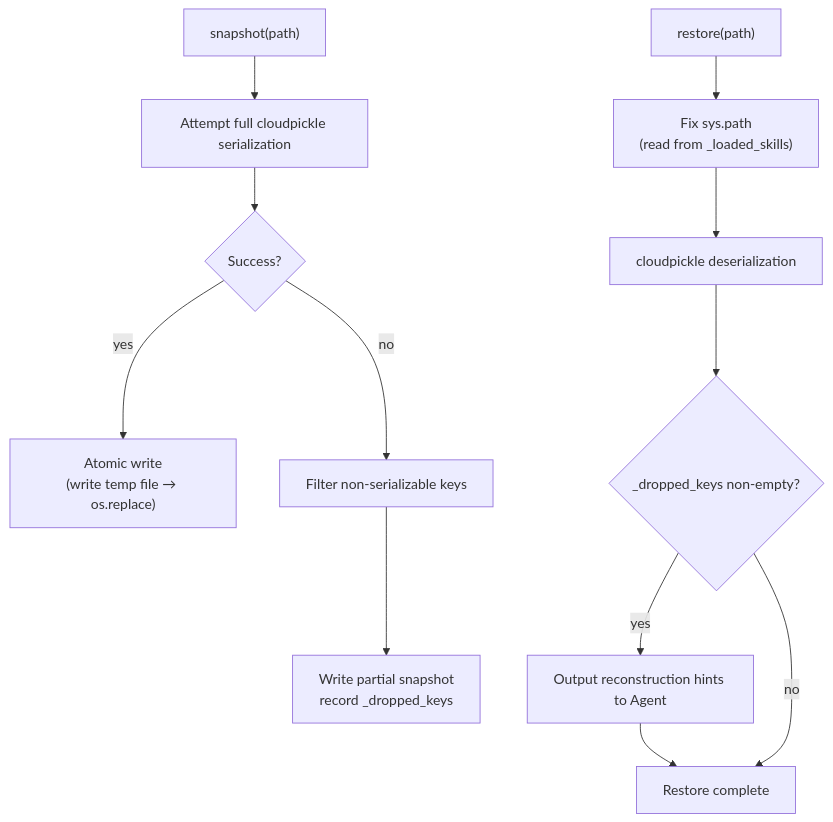
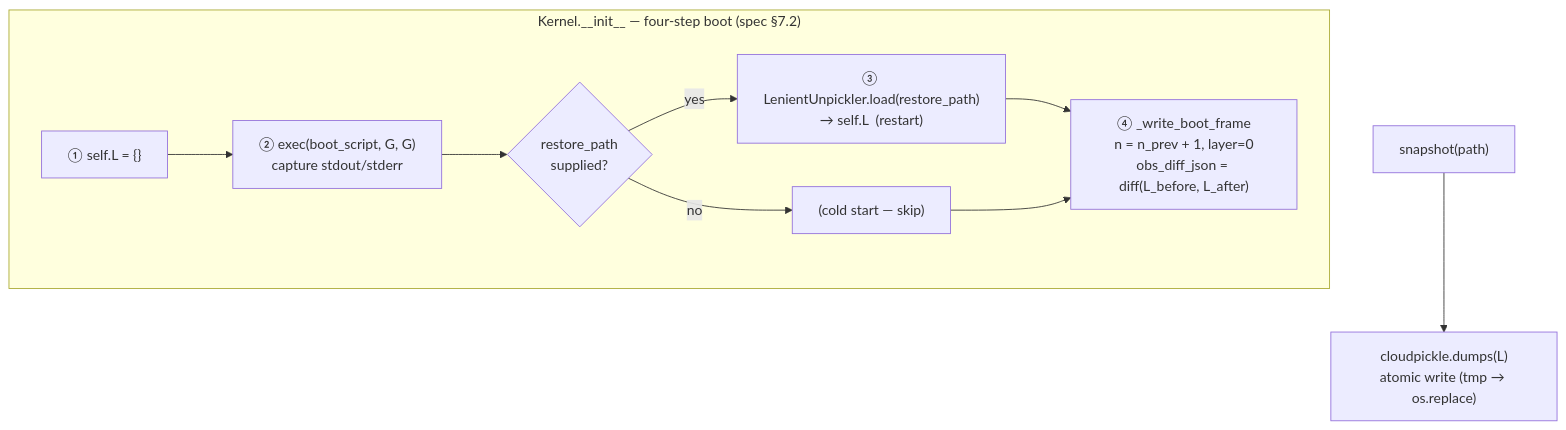
Before and after one commit to vessal-ai/vessal: the second of 2 diagrams in src/vessal/ark/shell/hull/cell/kernel/CONTEXT.md, drawn with Mermaid. The commit also changed other lines of this file and 1 other file, not shown here.

Commit message:
docs: align CONTEXT/README/whitepaper with PR 4 boot frame

````diff
--- a/src/vessal/ark/shell/hull/cell/kernel/CONTEXT.md
+++ b/src/vessal/ark/shell/hull/cell/kernel/CONTEXT.md
@@ -58,25 +58,20 @@
 ```mermaid
 flowchart TD
+    subgraph boot["Kernel.__init__ — four-step boot (spec §7.2)"]
+        S1["① self.L = {}"]
+        S2["② exec(boot_script, G, G)\ncapture stdout/stderr"]
+        S3{"restore_path\nsupplied?"}
+        S3a["③ LenientUnpickler.load(restore_path)\n→ self.L  (restart)"]
+        S3b["(cold start — skip)"]
+        S4["④ _write_boot_frame\nn = n_prev + 1, layer=0\nobs_diff_json = diff(L_before, L_after)"]
+    end
+
     Snapshot["snapshot(path)"]
-    TryFull["Attempt full cloudpickle serialization"]
-    FullOK{Success?}
-    AtomicWrite["Atomic write\n(write temp file → os.replace)"]
-    Filter["Filter non-serializable keys"]
-    PartialWrite["Write partial snapshot\nrecord _dropped_keys"]
+    AtomicWrite["cloudpickle.dumps(L)\natomic write (tmp → os.replace)"]
 
-    Restore["restore(path)"]
-    FixPath["Fix sys.path\n(read from _loaded_skills)"]
-    Unpickle["cloudpickle deserialization"]
-    CheckDropped{_dropped_keys non-empty?}
-    Signal["Output reconstruction hints to Agent"]
-    Done["Restore complete"]
+    S1 --> S2 --> S3
+    S3 -->|yes| S3a --> S4
+    S3 -->|no| S3b --> S4
 
-    Snapshot --> TryFull
-    TryFull --> FullOK
-    FullOK -->|yes| AtomicWrite
-    FullOK -->|no| Filter --> PartialWrite
-
-    Restore --> FixPath --> Unpickle --> CheckDropped
-    CheckDropped -->|yes| Signal --> Done
-    CheckDropped -->|no| Done
+    Snapshot --> AtomicWrite
 ```
````
